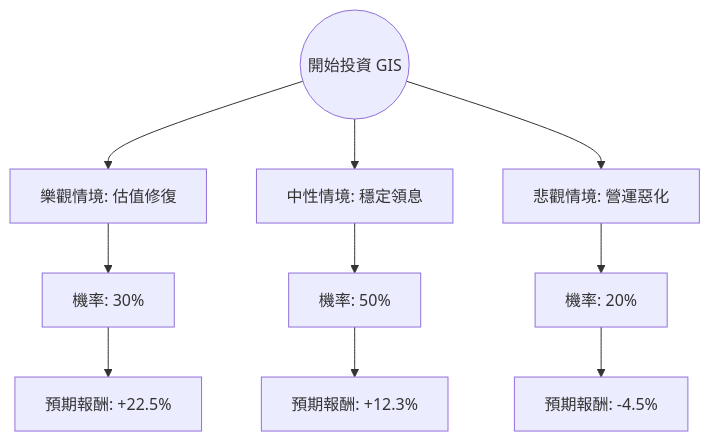
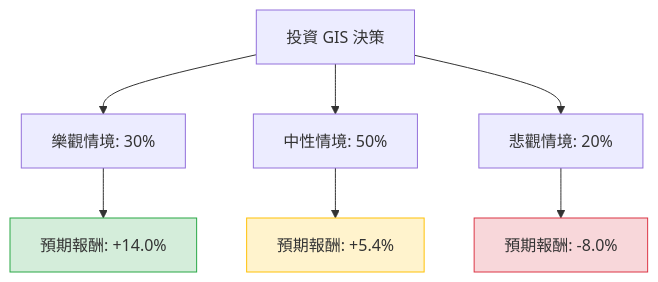
The diagram in plugin-react/ai-analysis/ev-analysis/GIS.md (zmcx16/zmcx16.github.io), drawn with Mermaid before and after one commit. The commit also changed other lines of this file and 50 other files, not shown here.

````diff
--- a/plugin-react/ai-analysis/ev-analysis/GIS.md
+++ b/plugin-react/ai-analysis/ev-analysis/GIS.md
@@ -18,15 +22,14 @@
 ```mermaid
 graph TD
-    Start((開始投資 GIS)) --> Bull[樂觀情境: 估值修復]
-    Start --> Base[中性情境: 穩定領息]
-    Start --> Bear[悲觀情境: 營運惡化]
+    Start[投資 GIS 決策] --> Bull[樂觀情境: 30%]
+    Start --> Base[中性情境: 50%]
+    Start --> Bear[悲觀情境: 20%]
 
-    Bull --> Bull_P[機率: 30%]
-    Bull_P --> Bull_EV[預期報酬: +22.5%]
+    Bull --> Bull_EV[預期報酬: +14.0%]
+    Base --> Base_EV[預期報酬: +5.4%]
+    Bear --> Bear_EV[預期報酬: -8.0%]
 
-    Base --> Base_P[機率: 50%]
-    Base_P --> Base_EV[預期報酬: +12.3%]
-
-    Bear --> Bear_P[機率: 20%]
-    Bear_P --> Bear_EV[預期報酬: -4.5%]
+    style Bull_EV fill:#d4edda,stroke:#28a745
+    style Base_EV fill:#fff3cd,stroke:#ffc107
+    style Bear_EV fill:#f8d7da,stroke:#dc3545
 ```
````
